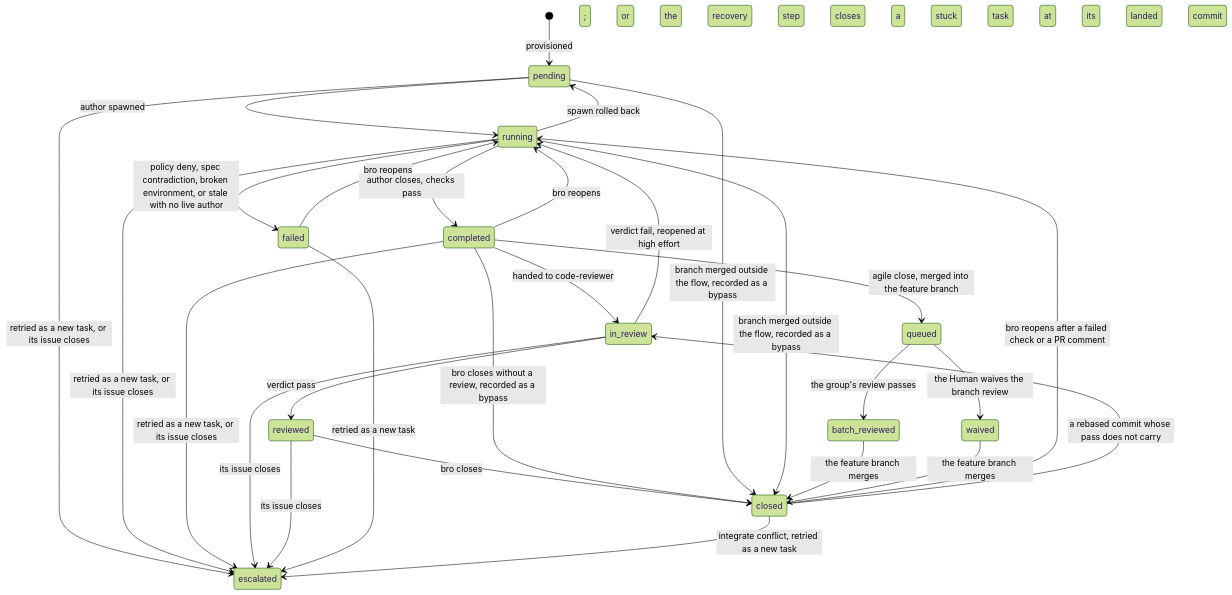
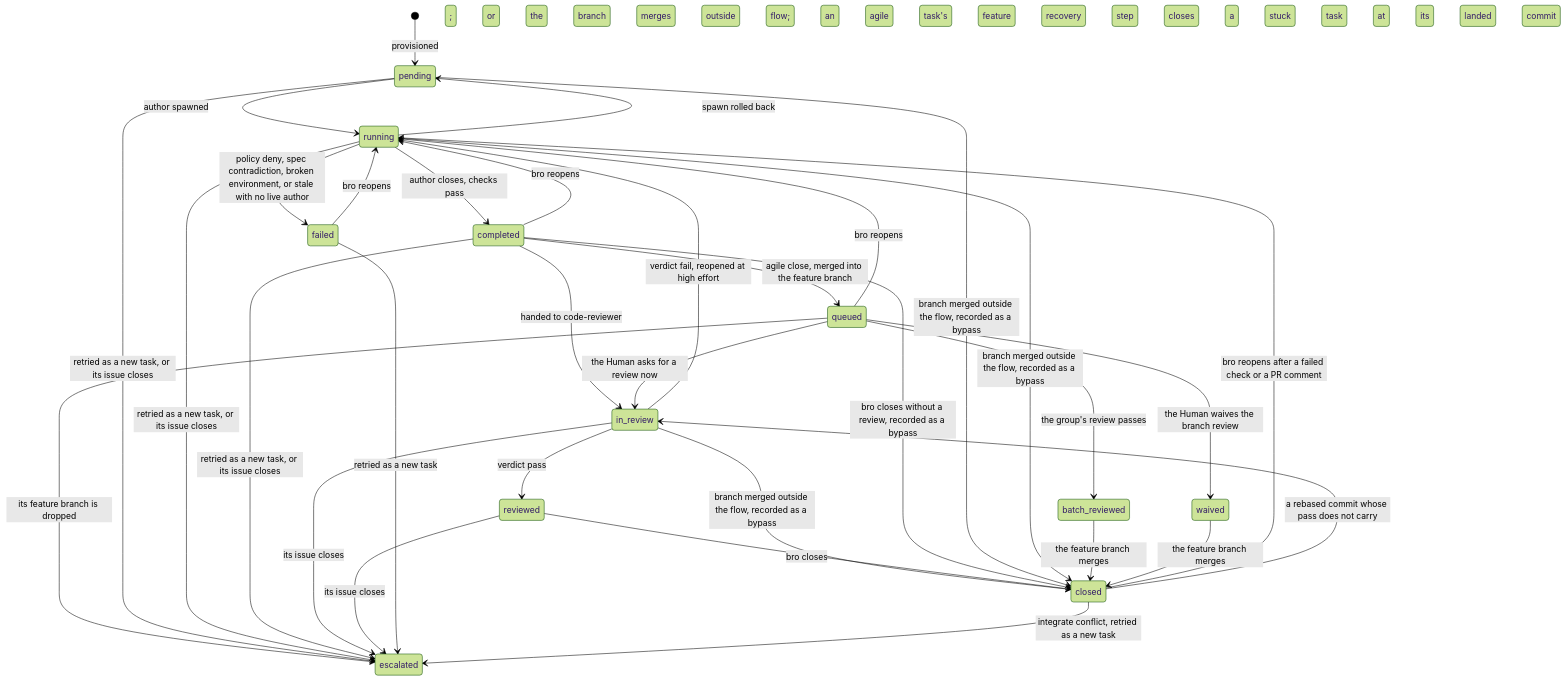
The fifth of 5 diagrams in docs/architecture/TASKS.md (trustmybot/plugin), drawn with Mermaid (forest theme) before and after one commit. The commit also changed other lines of this file and 4 other files, not shown here.

First line of the commit message:
📝 docs(tasks): fill lifecycle gaps in TASKS, FLOWS and AGILE (GH 3251)

````diff
--- a/docs/architecture/TASKS.md
+++ b/docs/architecture/TASKS.md
@@ -133,31 +140,35 @@
 ```mermaid
 stateDiagram-v2
     [*] --> pending: provisioned
     pending --> running: author spawned
     running --> pending: spawn rolled back
     running --> completed: author closes, checks pass
     running --> failed: policy deny, spec contradiction, broken environment, or stale with no live author
     completed --> in_review: handed to code-reviewer
     in_review --> reviewed: verdict pass
     in_review --> running: verdict fail, reopened at high effort
-    reviewed --> closed: bro closes
+    in_review --> closed: branch merged outside the flow, recorded as a bypass
+    reviewed --> closed: bro closes; or the branch merges outside the flow; or an agile task's feature branch merges
     completed --> closed: bro closes without a review, recorded as a bypass
     pending --> closed: branch merged outside the flow, recorded as a bypass; or the recovery step closes a stuck task at its landed commit
     running --> closed: branch merged outside the flow, recorded as a bypass
     completed --> queued: agile close, merged into the feature branch
     queued --> batch_reviewed: the group's review passes
     queued --> waived: the Human waives the branch review
+    queued --> in_review: the Human asks for a review now
+    queued --> running: bro reopens
+    queued --> escalated: its feature branch is dropped
     batch_reviewed --> closed: the feature branch merges
     waived --> closed: the feature branch merges
     completed --> running: bro reopens
     failed --> running: bro reopens
     closed --> running: bro reopens after a failed check or a PR comment
     closed --> in_review: a rebased commit whose pass does not carry
     pending --> escalated: retried as a new task, or its issue closes
     running --> escalated: retried as a new task, or its issue closes
     completed --> escalated: retried as a new task, or its issue closes
     in_review --> escalated: its issue closes
     reviewed --> escalated: its issue closes
     failed --> escalated: retried as a new task
     closed --> escalated: integrate conflict, retried as a new task
 ```
````
